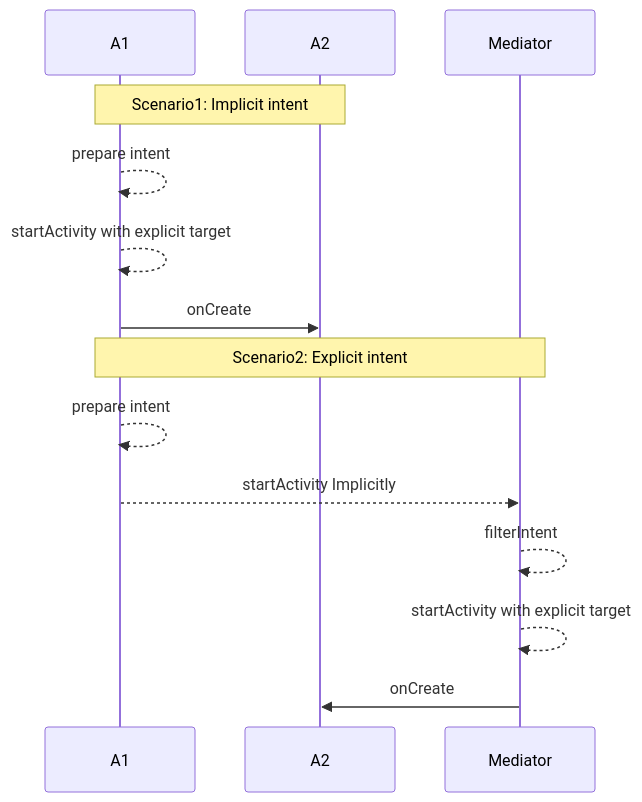
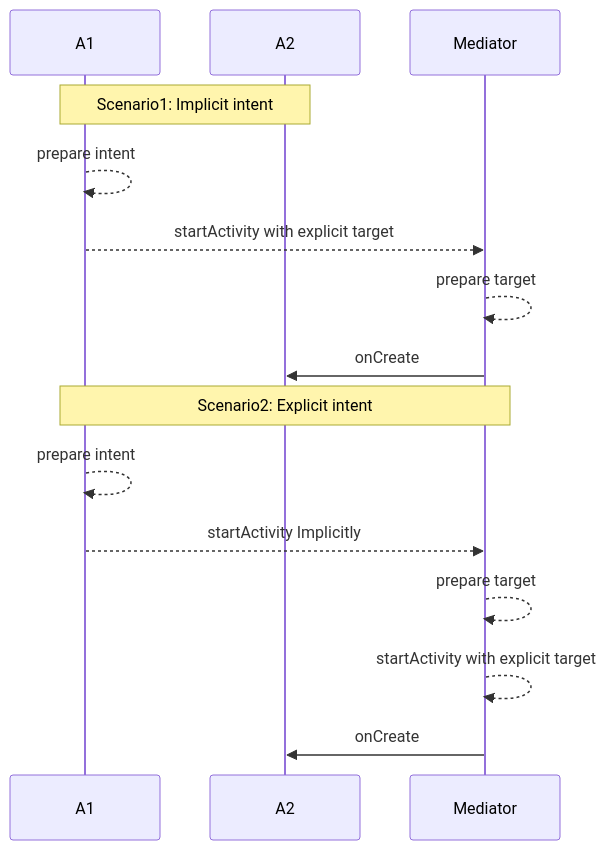
One commit to gordianknotC/nxp_note changed the second of 6 diagrams in flutter/android_to_flutter.md. Above: the diagram before and after it, drawn with Mermaid. The commit also changed other lines of this file, not shown here.

Commit message:
flutter/android_to_flutter.md updated from https://stackedit.io/

````diff
--- a/flutter/android_to_flutter.md
+++ b/flutter/android_to_flutter.md
@@ -20,18 +20,19 @@
 ```mermaid
 sequenceDiagram
 participant A1
 participant A2
 participant Mediator
 
 Note over A1, A2: Scenario1: Implicit intent
 A1 -->> A1: prepare intent
-A1 -->> A1: startActivity with explicit target
-A1 ->>  A2: onCreate
+A1 -->> Mediator: startActivity with explicit target
+Mediator -->> Mediator: prepare target
+Mediator->>  A2: onCreate
 
 Note over A1, Mediator: Scenario2: Explicit intent
 A1 -->> A1: prepare intent
 A1 -->> Mediator: startActivity Implicitly
-Mediator-->> Mediator: filterIntent
+Mediator-->> Mediator: prepare target
 Mediator-->> Mediator: startActivity with explicit target
 Mediator->> A2: onCreate
 ```
````
